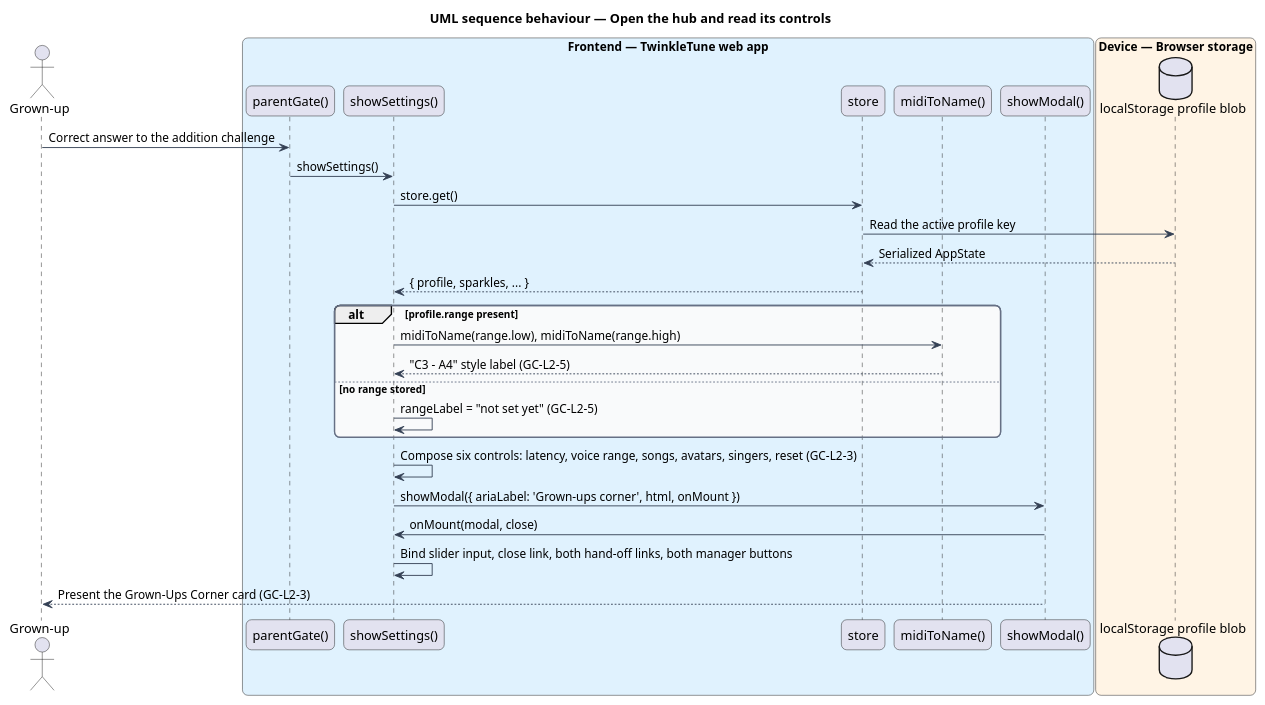
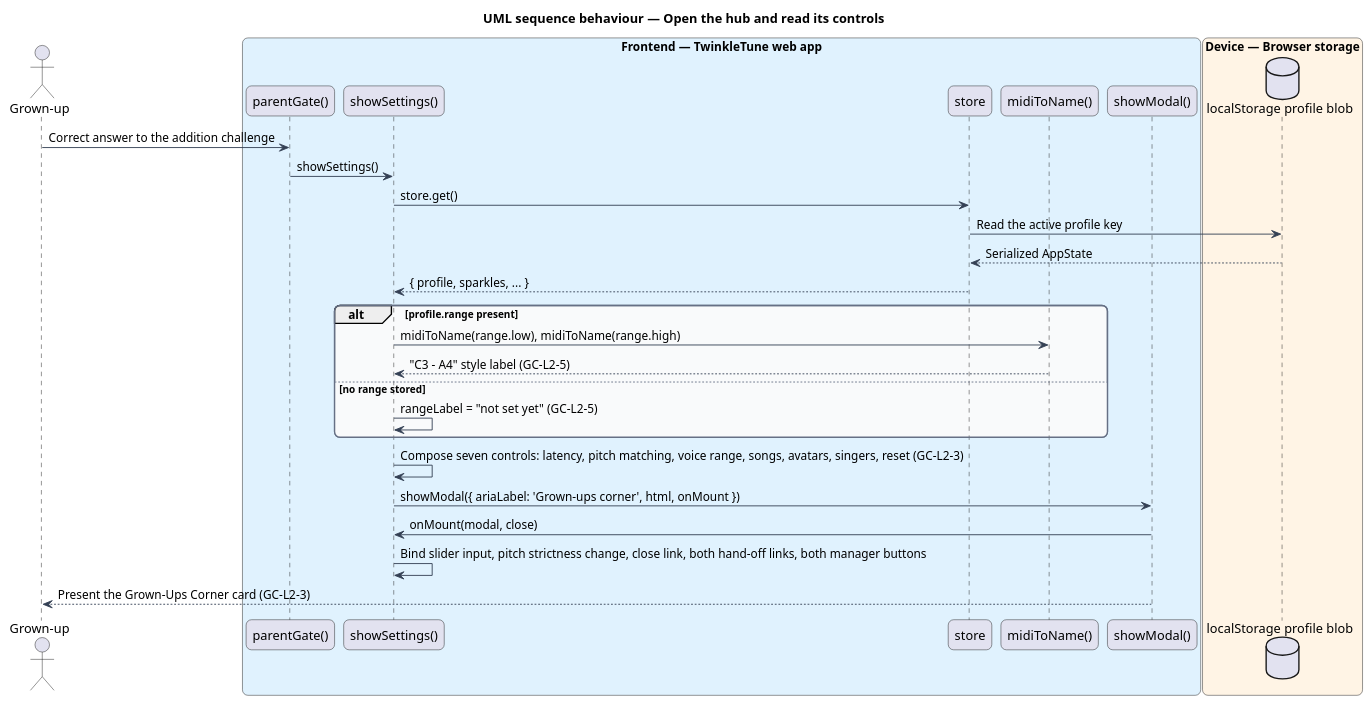
Before and after one commit to QuinntyneBrown/TwinkleTune: the diagram in docs/detailed-designs/grown-ups-corner/open-the-grown-ups-hub/diagrams/sequence-open-the-hub.puml, drawn with PlantUML. The commit also changed 83 other files, not shown here.

```diff
--- a/docs/detailed-designs/grown-ups-corner/open-the-grown-ups-hub/diagrams/sequence-open-the-hub.puml
+++ b/docs/detailed-designs/grown-ups-corner/open-the-grown-ups-hub/diagrams/sequence-open-the-hub.puml
@@ -1,48 +1,48 @@
 @startuml
 title UML sequence behaviour — Open the hub and read its controls
 skinparam backgroundColor #FFFFFF
 skinparam shadowing false
 skinparam roundcorner 12
 skinparam defaultFontName Arial
 skinparam ArrowColor #344054
 skinparam rectangle {
   BorderColor #344054
   FontColor #101828
 }
 skinparam package {
   BorderColor #667085
   FontColor #101828
   BackgroundColor #F9FAFB
 }
 actor "Grown-up" as actor
 box "Frontend — TwinkleTune web app" #E0F2FE
   participant "parentGate()" as gate
   participant "showSettings()" as hub
   participant "store" as store
   participant "midiToName()" as range
   participant "showModal()" as host
 end box
 box "Device — Browser storage" #FFF4E5
   database "localStorage profile blob" as local
 end box
 
 actor -> gate : Correct answer to the addition challenge
 gate -> hub : showSettings()
 hub -> store : store.get()
 store -> local : Read the active profile key
 local --> store : Serialized AppState
 store --> hub : { profile, sparkles, ... }
 
 alt profile.range present
   hub -> range : midiToName(range.low), midiToName(range.high)
   range --> hub : "C3 – A4" style label (GC-L2-5)
 else no range stored
   hub -> hub : rangeLabel = "not set yet" (GC-L2-5)
 end
 
-hub -> hub : Compose six controls: latency, voice range, songs, avatars, singers, reset (GC-L2-3)
+hub -> hub : Compose seven controls: latency, pitch matching, voice range, songs, avatars, singers, reset (GC-L2-3)
 hub -> host : showModal({ ariaLabel: 'Grown-ups corner', html, onMount })
 host -> hub : onMount(modal, close)
-hub -> hub : Bind slider input, close link, both hand-off links, both manager buttons
+hub -> hub : Bind slider input, pitch strictness change, close link, both hand-off links, both manager buttons
 host --> actor : Present the Grown-Ups Corner card (GC-L2-3)
 @enduml
```
